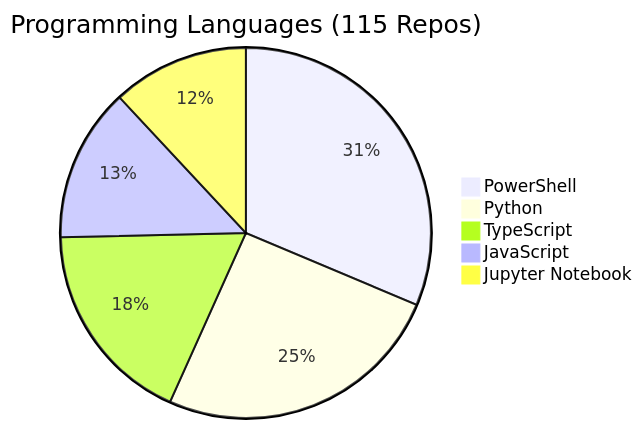
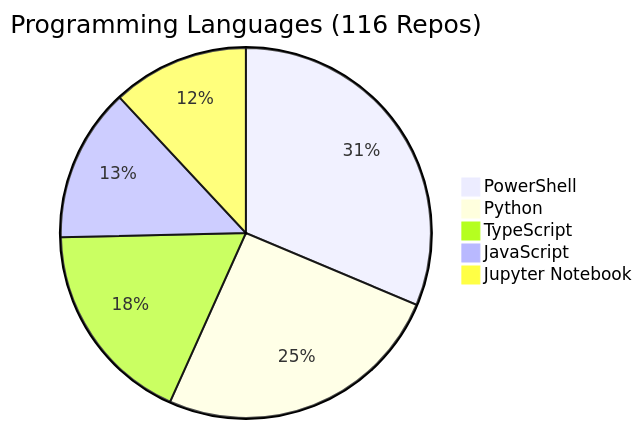
The diagram in REPOS.md (fabioc-aloha/fabioc-aloha), drawn with Mermaid before and after one commit. The commit also changed other lines of this file and 1 other file, not shown here.

````diff
--- a/REPOS.md
+++ b/REPOS.md
@@ -158,8 +159,8 @@
 ```mermaid
-pie title Programming Languages (115 Repos)
+pie title Programming Languages (116 Repos)
     "PowerShell" : 21
     "Python" : 17
     "TypeScript" : 12
     "JavaScript" : 9
     "Jupyter Notebook" : 8
 ```
````
